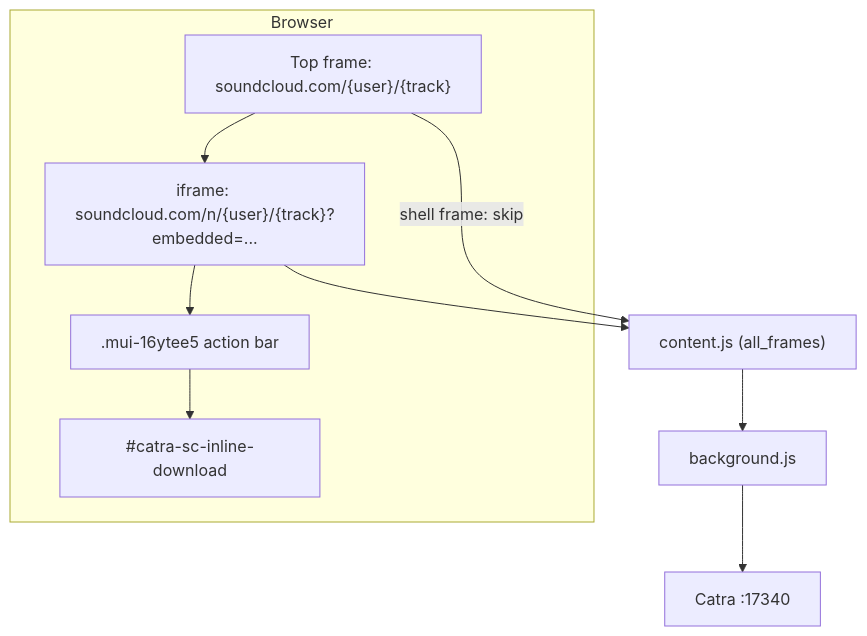
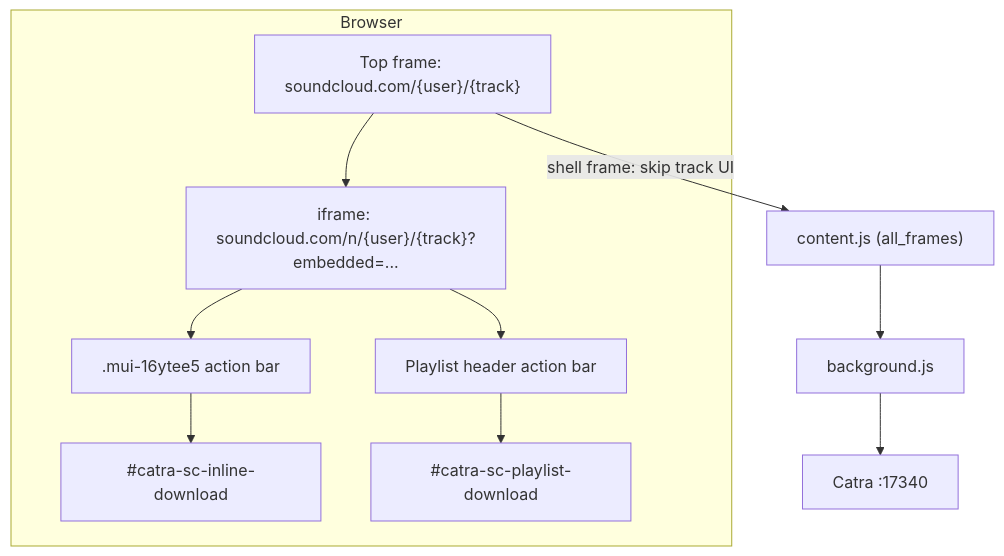
The diagram in apps/chrome/ARCHITECTURE.md (potistudio/Catra), drawn with Mermaid before and after one commit. The commit also changed other lines of this file and 6 other files, not shown here.

First line of the commit message:
Add SoundCloud playlist download with a dedicated injection path and API.

````diff
--- a/apps/chrome/ARCHITECTURE.md
+++ b/apps/chrome/ARCHITECTURE.md
@@ -11,15 +11,17 @@
 ```mermaid
 flowchart TB
   subgraph Browser
     Top["Top frame: soundcloud.com/{user}/{track}"]
     Iframe["iframe: soundcloud.com/n/{user}/{track}?embedded=..."]
-    MUI[".mui-16ytee5 action bar"]
-    Btn["#catra-sc-inline-download"]
-    Top --> Iframe --> MUI --> Btn
+    TrackMUI[".mui-16ytee5 action bar"]
+    TrackBtn["#catra-sc-inline-download"]
+    PlaylistBar["Playlist header action bar"]
+    PlaylistBtn["#catra-sc-playlist-download"]
+    Top --> Iframe --> TrackMUI --> TrackBtn
+    Iframe --> PlaylistBar --> PlaylistBtn
   end
 
   CS["content.js (all_frames)"] --> BG["background.js"]
-  Iframe --> CS
-  Top -->|"shell frame: skip"| CS
+  Top -->|"shell frame: skip track UI"| CS
   BG --> Catra["Catra :17340"]
 ```
````
